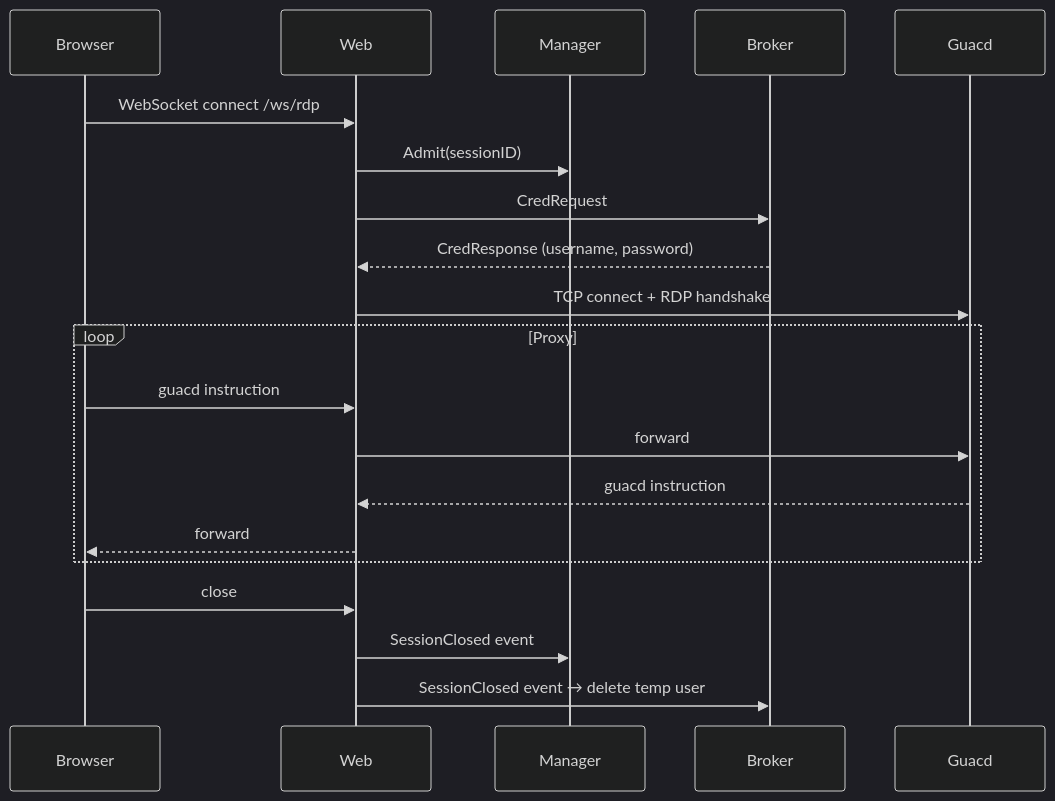
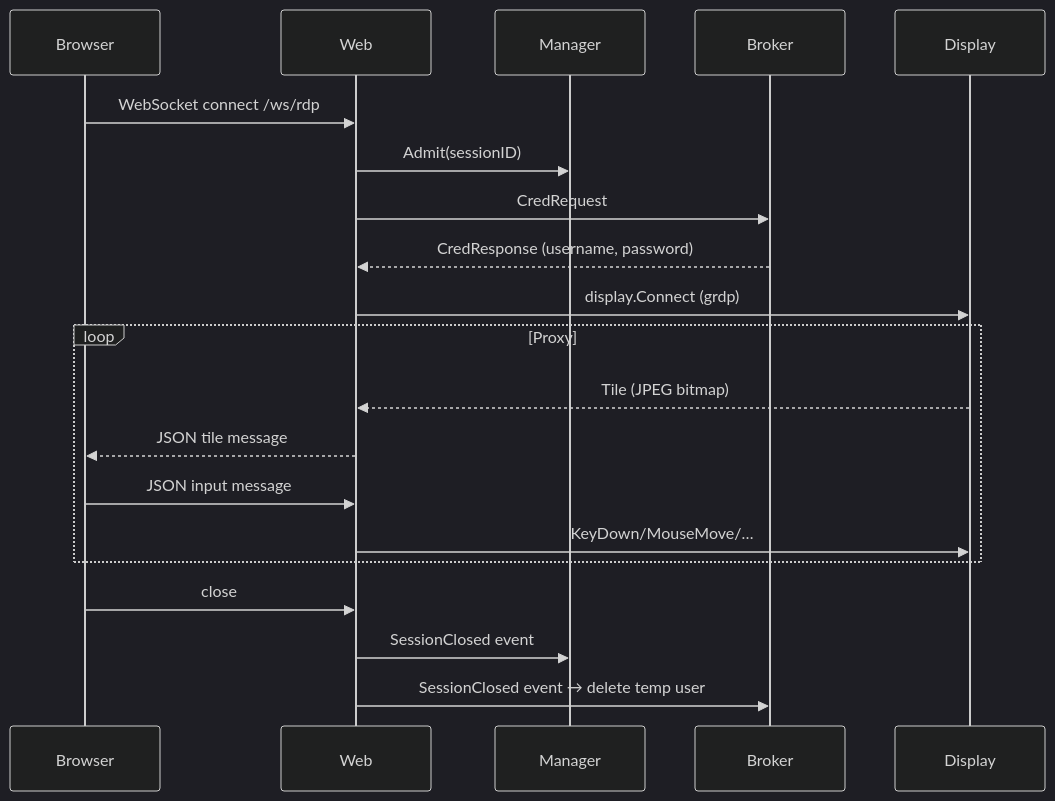
The second of 2 diagrams in docs/architecture.md (pacorreia/go-rdp-server), drawn with Mermaid (dark theme) before and after one commit. The commit also changed other lines of this file and 4 other files, not shown here.

Commit message:
docs: update all docs to reflect pure-Go RDP architecture (remove guacd)

````diff
--- a/docs/architecture.md
+++ b/docs/architecture.md
@@ -39,23 +40,23 @@
 ```mermaid
 sequenceDiagram
     participant Browser
     participant Web
     participant Manager
     participant Broker
-    participant Guacd
+    participant Display
 
     Browser->>Web: WebSocket connect /ws/rdp
     Web->>Manager: Admit(sessionID)
     Web->>Broker: CredRequest
     Broker-->>Web: CredResponse (username, password)
-    Web->>Guacd: TCP connect + RDP handshake
+    Web->>Display: display.Connect (grdp)
     loop Proxy
-        Browser->>Web: guacd instruction
-        Web->>Guacd: forward
-        Guacd-->>Web: guacd instruction
-        Web-->>Browser: forward
+        Display-->>Web: Tile (JPEG bitmap)
+        Web-->>Browser: JSON tile message
+        Browser->>Web: JSON input message
+        Web->>Display: KeyDown/MouseMove/…
     end
     Browser->>Web: close
     Web->>Manager: SessionClosed event
     Web->>Broker: SessionClosed event → delete temp user
 ```
````
